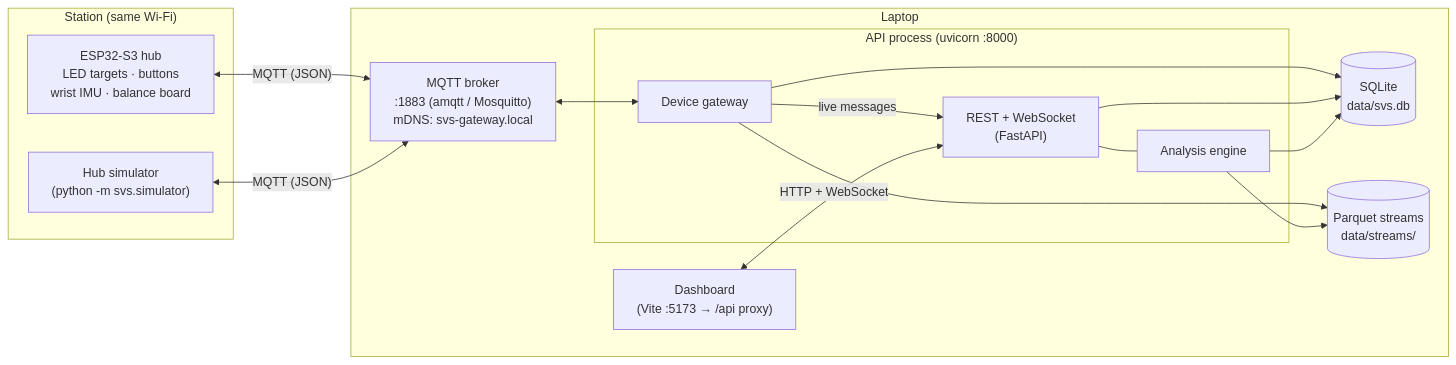
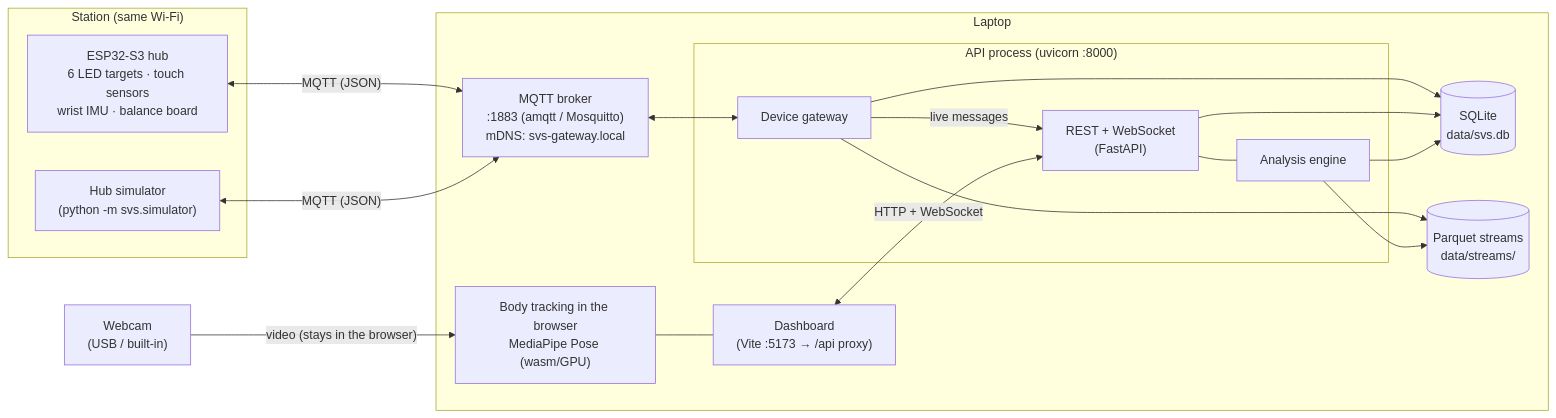
The first of 3 diagrams in docs/architecture.md (MrResolution/Agarwal_project), drawn with Mermaid before and after one commit. The commit also changed other lines of this file and 54 other files, not shown here.

````diff
--- a/docs/architecture.md
+++ b/docs/architecture.md
@@ -9,29 +9,33 @@
 ```mermaid
 flowchart LR
     subgraph Hardware["Station (same Wi-Fi)"]
-        HUB["ESP32-S3 hub<br/>LED targets · buttons<br/>wrist IMU · balance board"]
+        HUB["ESP32-S3 hub<br/>6 LED targets · touch sensors<br/>wrist IMU · balance board"]
         SIM["Hub simulator<br/>(python -m svs.simulator)"]
     end
+    CAM["Webcam<br/>(USB / built-in)"]
     subgraph Laptop
         BRK["MQTT broker<br/>:1883 (amqtt / Mosquitto)<br/>mDNS: svs-gateway.local"]
         subgraph API["API process (uvicorn :8000)"]
             GW["Device gateway"]
             REST["REST + WebSocket<br/>(FastAPI)"]
             AN["Analysis engine"]
         end
         DB[("SQLite<br/>data/svs.db")]
         PQ[("Parquet streams<br/>data/streams/")]
         UI["Dashboard<br/>(Vite :5173 → /api proxy)"]
+        POSE["Body tracking in the browser<br/>MediaPipe Pose (wasm/GPU)"]
     end
+    CAM -- "video (stays in the browser)" --> POSE
+    POSE --- UI
     HUB <-- "MQTT (JSON)" --> BRK
     SIM <-- "MQTT (JSON)" --> BRK
     BRK <--> GW
     GW --> DB
     GW --> PQ
     REST --> DB
     AN --> DB
     AN --> PQ
     REST --- AN
     GW -- "live messages" --> REST
     UI <-- "HTTP + WebSocket" --> REST
 ```
````
